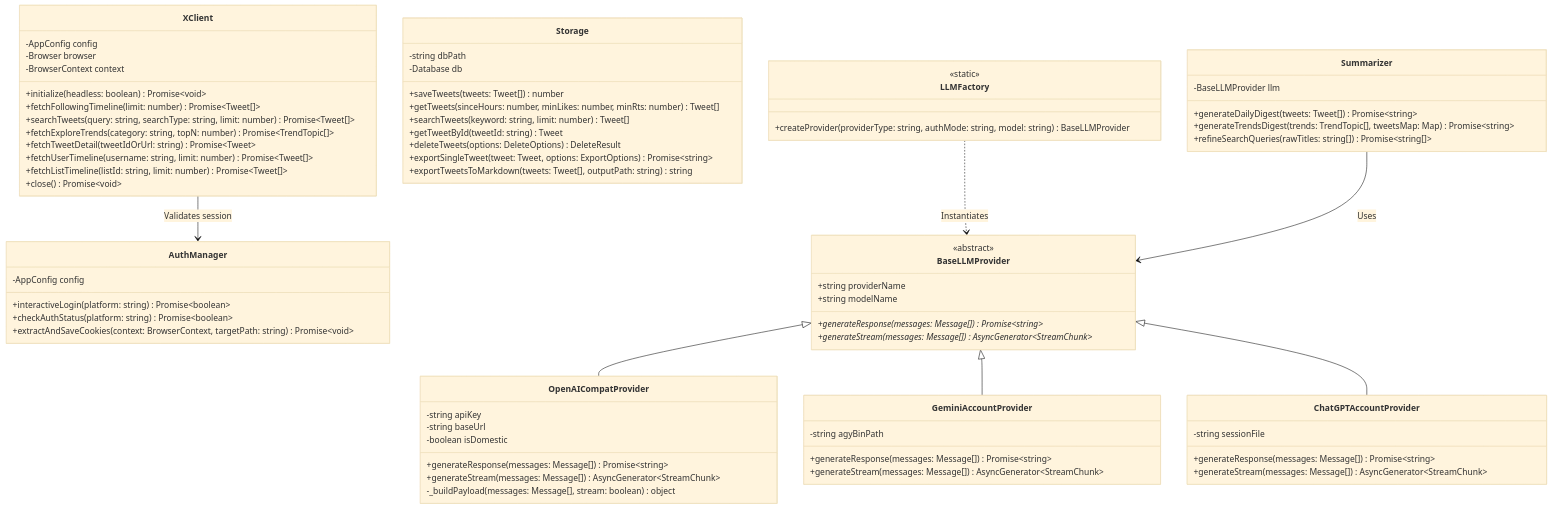
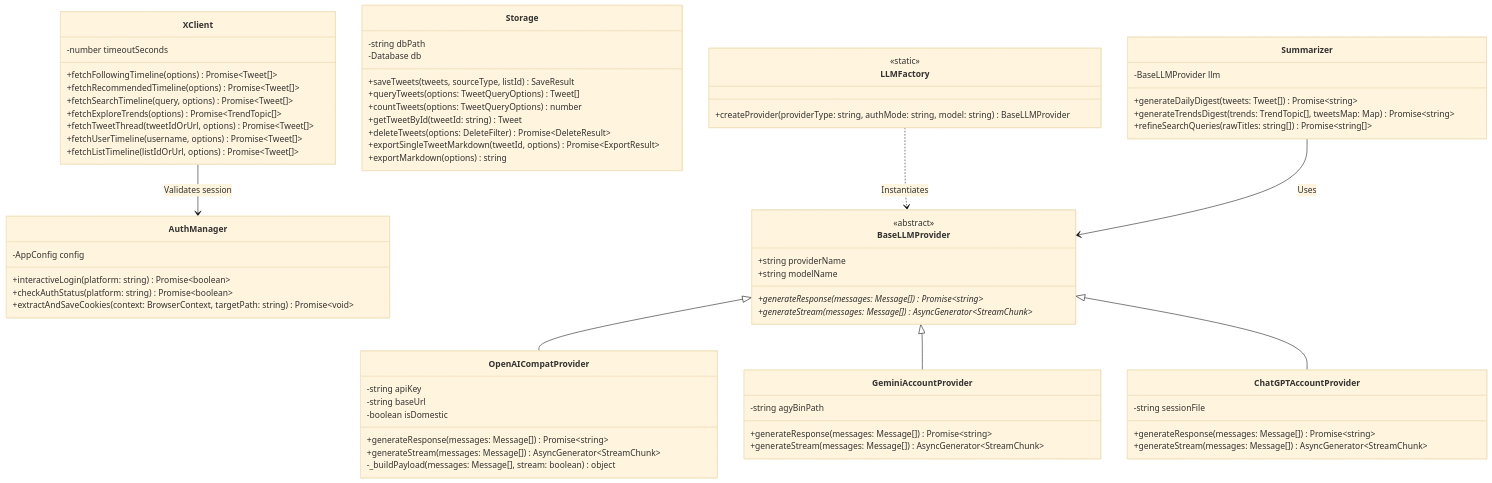
The first of 5 diagrams in docs/detailed_design.md (monkeychen/xtract), drawn with Mermaid (base theme) before and after one commit. The commit also changed other lines of this file and 8 other files, not shown here.

Commit message:
docs: align all manuals, architecture, design, skill and logs with v0.1.4

````diff
--- a/docs/detailed_design.md
+++ b/docs/detailed_design.md
@@ -14,29 +14,26 @@
 ```mermaid
 classDiagram
     class XClient {
-        -AppConfig config
-        -Browser browser
-        -BrowserContext context
-        +initialize(headless: boolean) Promise~void~
-        +fetchFollowingTimeline(limit: number) Promise~Tweet[]~
-        +searchTweets(query: string, searchType: string, limit: number) Promise~Tweet[]~
-        +fetchExploreTrends(category: string, topN: number) Promise~TrendTopic[]~
-        +fetchTweetDetail(tweetIdOrUrl: string) Promise~Tweet~
-        +fetchUserTimeline(username: string, limit: number) Promise~Tweet[]~
-        +fetchListTimeline(listId: string, limit: number) Promise~Tweet[]~
-        +close() Promise~void~
+        -number timeoutSeconds
+        +fetchFollowingTimeline(options) Promise~Tweet[]~
+        +fetchRecommendedTimeline(options) Promise~Tweet[]~
+        +fetchSearchTimeline(query, options) Promise~Tweet[]~
+        +fetchExploreTrends(options) Promise~TrendTopic[]~
+        +fetchTweetThread(tweetIdOrUrl, options) Promise~Tweet[]~
+        +fetchUserTimeline(username, options) Promise~Tweet[]~
+        +fetchListTimeline(listIdOrUrl, options) Promise~Tweet[]~
     }
 
     class Storage {
         -string dbPath
         -Database db
-        +saveTweets(tweets: Tweet[]) number
-        +getTweets(sinceHours: number, minLikes: number, minRts: number) Tweet[]
-        +searchTweets(keyword: string, limit: number) Tweet[]
+        +saveTweets(tweets, sourceType, listId) SaveResult
+        +queryTweets(options: TweetQueryOptions) Tweet[]
+        +countTweets(options: TweetQueryOptions) number
         +getTweetById(tweetId: string) Tweet
-        +deleteTweets(options: DeleteOptions) DeleteResult
-        +exportSingleTweet(tweet: Tweet, options: ExportOptions) Promise~string~
-        +exportTweetsToMarkdown(tweets: Tweet[], outputPath: string) string
+        +deleteTweets(options: DeleteFilter) Promise~DeleteResult~
+        +exportSingleTweetMarkdown(tweetId, options) Promise~ExportResult~
+        +exportMarkdown(options) string
     }
 
     class AuthManager {
````
